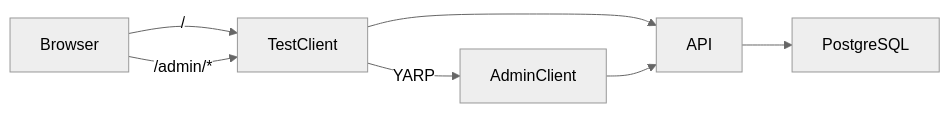
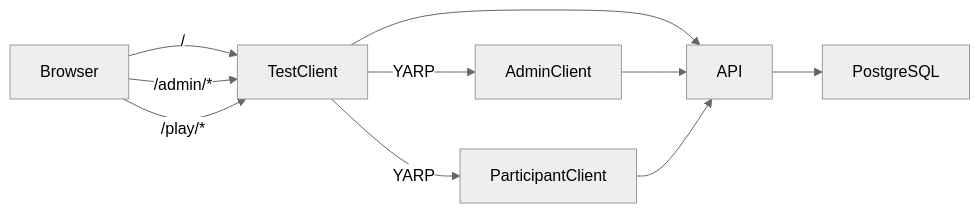
Before and after one commit to FrankyFriday/weihnachtsfeier_BIT: the diagram in docs/architecture.md, drawn with Mermaid (neutral theme). The commit also changed other lines of this file and 18 other files, not shown here.

````diff
--- a/docs/architecture.md
+++ b/docs/architecture.md
@@ -15,9 +16,12 @@
 ```mermaid
 flowchart LR
     Browser -->|/| TestClient
     Browser -->|/admin/*| TestClient
+    Browser -->|/play/*| TestClient
     TestClient -->|YARP| AdminClient
+    TestClient -->|YARP| ParticipantClient
     TestClient --> API
     AdminClient --> API
+    ParticipantClient --> API
     API --> PostgreSQL
 ```
````
